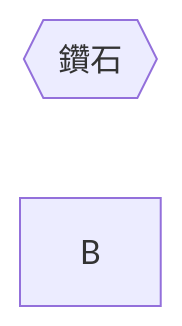
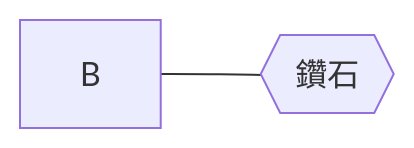
Before and after one commit to kuku0508/kuku_note_ver_2: the fifth of 6 diagrams in 知識/程式語言/Mermaid/語法/流程圖/連結目錄.md, drawn with Mermaid. The commit also changed other lines of this file and 1 other file, not shown here.

````diff
--- a/知識/程式語言/Mermaid/語法/流程圖/連結目錄.md
+++ b/知識/程式語言/Mermaid/語法/流程圖/連結目錄.md
@@ -25,5 +25,6 @@
 ```Mermaid
 flowchart LR
 A@{ shape: hex, label: 鑽石}
-B@{ shape:}
+B@{ shape:tri, label: B}
+B---A
 ```
````
